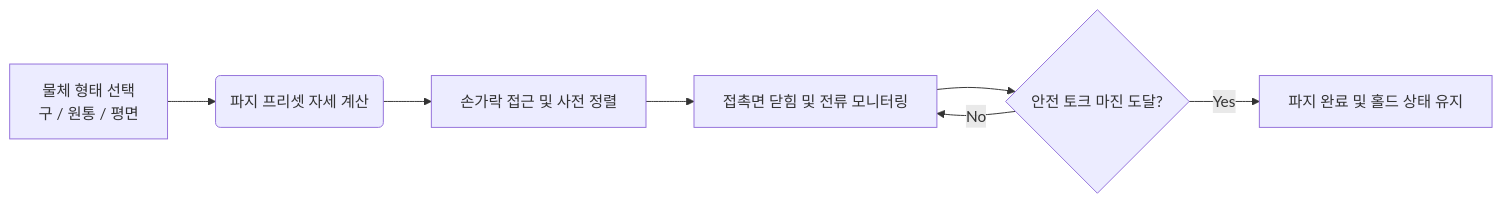
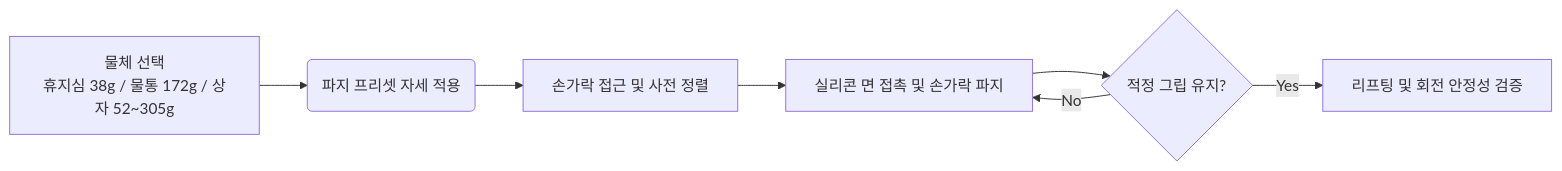
The second of 2 diagrams in docs/blog/posts/2026-10-14-tri-hand-basic.md (ajin-robot-hand/docs), drawn with Mermaid before and after one commit. The commit also changed other lines of this file and 7 other files, not shown here.

````diff
--- a/docs/blog/posts/2026-10-14-tri-hand-basic.md
+++ b/docs/blog/posts/2026-10-14-tri-hand-basic.md
@@ -131,9 +177,9 @@
 ```mermaid
 flowchart LR
-    A[물체 형태 선택<br>구 / 원통 / 평면] --> B(파지 프리셋 자세 계산)
+    A[물체 선택<br>휴지심 38g / 물통 172g / 상자 52~305g] --> B(파지 프리셋 자세 적용)
     B --> C[손가락 접근 및 사전 정렬]
-    C --> D[접촉면 닫힘 및 전류 모니터링]
-    D --> E{안전 토크 마진 도달?}
-    E -->|Yes| F[파지 완료 및 홀드 상태 유지]
+    C --> D[실리콘 면 접촉 및 손가락 파지]
+    D --> E{적정 그립 유지?}
+    E -->|Yes| F[리프팅 및 회전 안정성 검증]
     E -->|No| D
 ```
````
